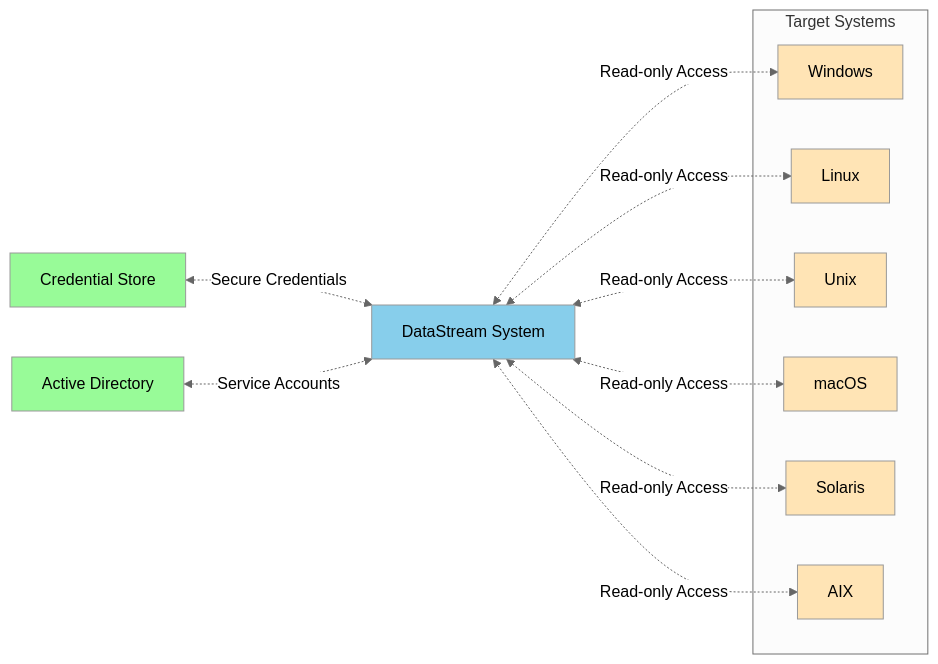
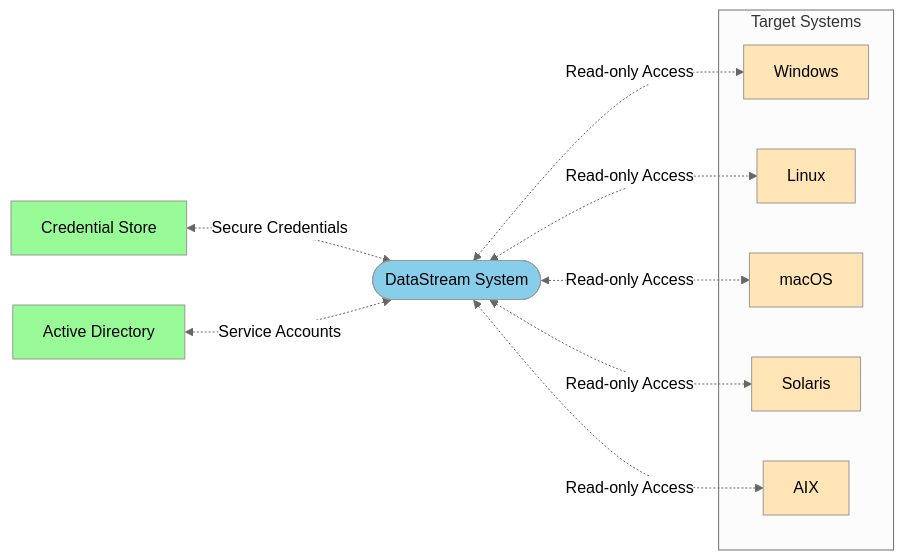
The first of 7 diagrams in docs/README.mdx (VirtualMetric/virtualmetric-docs), drawn with Mermaid (neutral theme) before and after one commit. The commit also changed other lines of this file, not shown here.

Commit message:
Edited the about graphics

````diff
--- a/docs/README.mdx
+++ b/docs/README.mdx
@@ -24,35 +24,32 @@
 ```mermaid
 graph LR
-    DS[DataStream System]
+    DS([DataStream System])
     CS[Credential Store]
     AD[Active Directory]
     
     subgraph Target Systems
         W[Windows]
         L[Linux]
-        U[Unix]
         M[macOS]
         S[Solaris]
         A[AIX]
     end
 
     CS <-.-> |Secure Credentials| DS
     AD <-.-> |Service Accounts| DS
     
     DS <-.-> |Read-only Access| W
     DS <-.-> |Read-only Access| L
-    DS <-.-> |Read-only Access| U
     DS <-.-> |Read-only Access| M
     DS <-.-> |Read-only Access| S
     DS <-.-> |Read-only Access| A
 
     style DS fill:#87CEEB
     style CS fill:#98FB98
     style AD fill:#98FB98
     style W fill:#FFE4B5
     style L fill:#FFE4B5
-    style U fill:#FFE4B5
     style M fill:#FFE4B5
     style S fill:#FFE4B5
     style A fill:#FFE4B5
 ```
````
